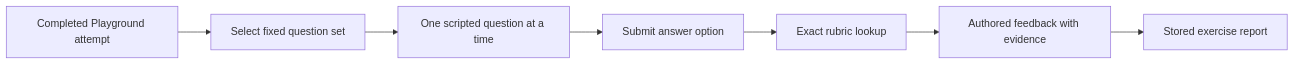
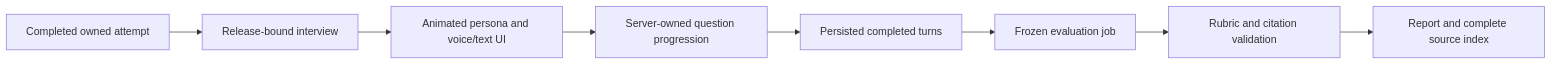
Before and after one commit to ManasMehta12/JETRO-03: the diagram in markdowns/hackathon/03-technical-viva.md, drawn with Mermaid. The commit also changed other lines of this file and 84 other files, not shown here.

````diff
--- a/markdowns/hackathon/03-technical-viva.md
+++ b/markdowns/hackathon/03-technical-viva.md
@@ -9,9 +9,10 @@
 ```mermaid
 flowchart LR
-  Attempt[Completed Playground attempt] --> Select[Select fixed question set]
-  Select --> Interview[One scripted question at a time]
-  Interview --> Choice[Submit answer option]
-  Choice --> Rules[Exact rubric lookup]
-  Rules --> Feedback[Authored feedback with evidence]
-  Feedback --> Report[Stored exercise report]
+  Attempt[Completed owned attempt] --> Session[Release-bound interview]
+  Session --> Persona[Animated persona and voice/text UI]
+  Persona --> Control[Server-owned question progression]
+  Control --> Turns[Persisted completed turns]
+  Turns --> Job[Frozen evaluation job]
+  Job --> Check[Rubric and citation validation]
+  Check --> Report[Report and complete source index]
 ```
````
